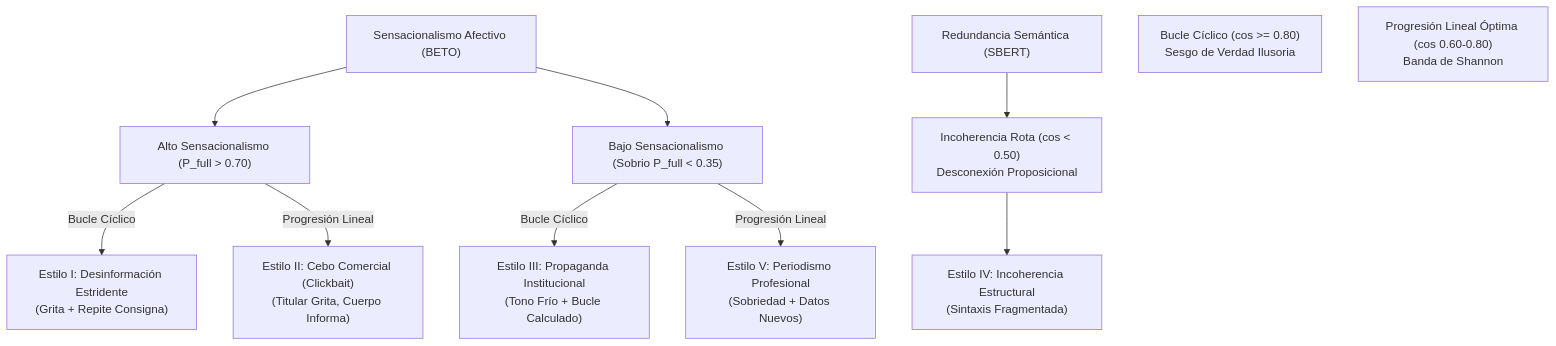
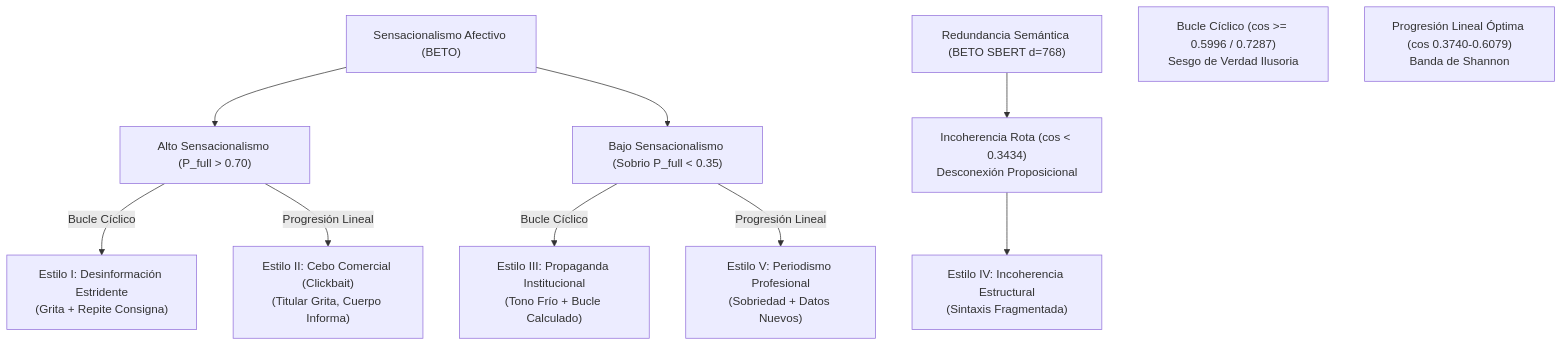
The second of 3 diagrams in Explicabilidad_Propia/reportes/Reporte_Explicabilidad_Forense_4_Noticias.md (s1dartha/XAI-para-Noticias-falsas), drawn with Mermaid before and after one commit. The commit also changed other lines of this file and 471 other files, not shown here.

First line of the commit message:
feat(xai): recalibrar IML con BETO SBERT, justificar diccionario de variables y arquetipos, actualizar modelos y dashboard

````diff
--- a/Explicabilidad_Propia/reportes/Reporte_Explicabilidad_Forense_4_Noticias.md
+++ b/Explicabilidad_Propia/reportes/Reporte_Explicabilidad_Forense_4_Noticias.md
@@ -115,23 +115,23 @@
 ```mermaid
 flowchart TD
     SENS["Sensacionalismo Afectivo (BETO)"]
-    RED["Redundancia Semántica (SBERT)"]
+    RED["Redundancia Semántica (BETO SBERT d=768)"]
 
     SENS_ALTO["Alto Sensacionalismo (P_full > 0.70)"]
     SENS_BAJO["Bajo Sensacionalismo (Sobrio P_full < 0.35)"]
 
-    RED_CICLICA["Bucle Cíclico (cos >= 0.80)<br/>Sesgo de Verdad Ilusoria"]
-    RED_LINEAL["Progresión Lineal Óptima (cos 0.60-0.80)<br/>Banda de Shannon"]
-    RED_ROTA["Incoherencia Rota (cos < 0.50)<br/>Desconexión Proposicional"]
+    RED_CICLICA["Bucle Cíclico (cos >= 0.5996 / 0.7287)<br/>Sesgo de Verdad Ilusoria"]
+    RED_LINEAL["Progresión Lineal Óptima (cos 0.3740-0.6079)<br/>Banda de Shannon"]
+    RED_ROTA["Incoherencia Rota (cos < 0.3434)<br/>Desconexión Proposicional"]
 
     SENS --> SENS_ALTO
     SENS --> SENS_BAJO
 
     SENS_ALTO -->|Bucle Cíclico| ESTILO1["Estilo I: Desinformación Estridente<br/>(Grita + Repite Consigna)"]
     SENS_ALTO -->|Progresión Lineal| ESTILO2["Estilo II: Cebo Comercial (Clickbait)<br/>(Titular Grita, Cuerpo Informa)"]
 
     SENS_BAJO -->|Bucle Cíclico| ESTILO3["Estilo III: Propaganda Institucional<br/>(Tono Frío + Bucle Calculado)"]
     SENS_BAJO -->|Progresión Lineal| ESTILO5["Estilo V: Periodismo Profesional<br/>(Sobriedad + Datos Nuevos)"]
 
     RED --> RED_ROTA --> ESTILO4["Estilo IV: Incoherencia Estructural<br/>(Sintaxis Fragmentada)"]
 ```
````
